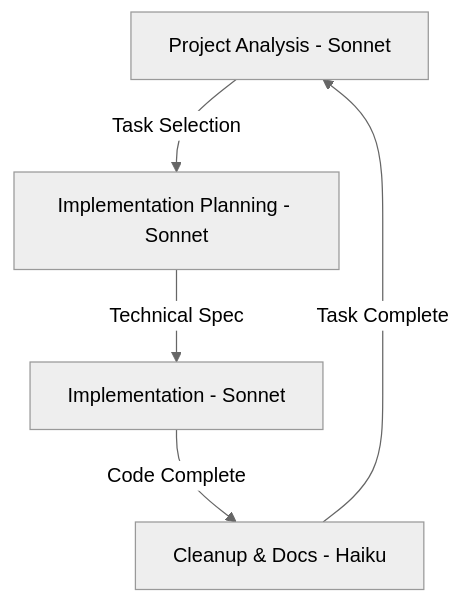
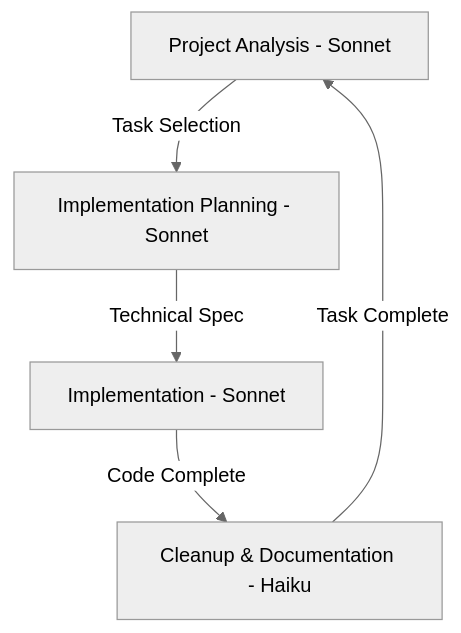
Before and after one commit to jerseycheese/BootHillGM: the diagram in Docs/development/workflows/claude-workflow.md, drawn with Mermaid (neutral theme). The commit also changed other lines of this file and 9 other files, not shown here.

````diff
--- a/Docs/development/workflows/claude-workflow.md
+++ b/Docs/development/workflows/claude-workflow.md
@@ -15,7 +15,7 @@
 ```mermaid
 graph TD
     A[Project Analysis - Sonnet] -->|Task Selection| B[Implementation Planning - Sonnet]
     B -->|Technical Spec| C[Implementation - Sonnet]
-    C -->|Code Complete| D[Cleanup & Docs - Haiku]
+    C -->|Code Complete| D[Cleanup & Documentation - Haiku]
     D -->|Task Complete| A
 ```
````
